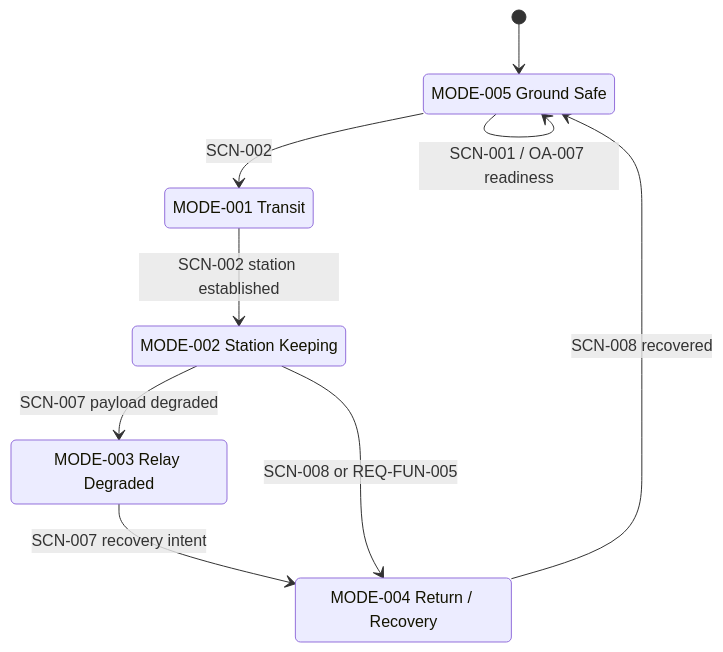
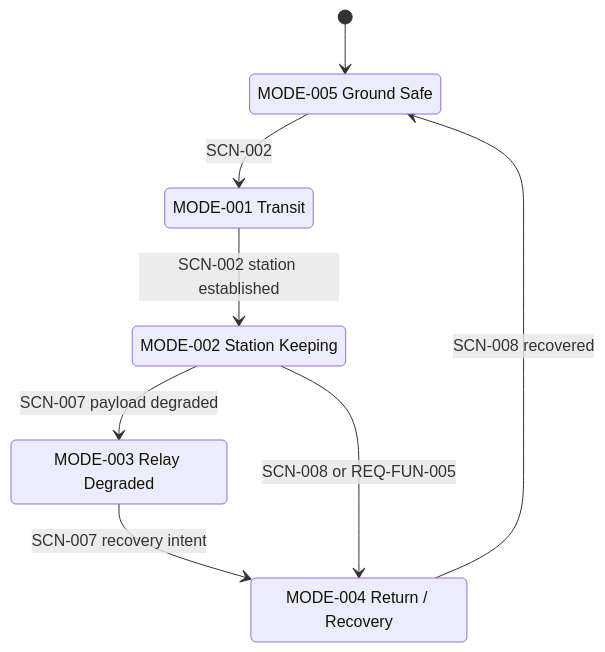
Before and after one commit to noahstephenson/low-cost-relay-uas: the eighth of 13 diagrams in architecture.md, drawn with Mermaid. The commit also changed other lines of this file and 11 other files, not shown here.

````diff
--- a/architecture.md
+++ b/architecture.md
@@ -228,17 +259,16 @@
 ```mermaid
 stateDiagram-v2
     %% Configuration scope: CFG-REP / CFG-DOM
     state "MODE-005 Ground Safe" as MODE_005
     state "MODE-001 Transit" as MODE_001
     state "MODE-002 Station Keeping" as MODE_002
     state "MODE-003 Relay Degraded" as MODE_003
     state "MODE-004 Return / Recovery" as MODE_004
     [*] --> MODE_005
-    MODE_005 --> MODE_005: SCN-001 / OA-007 readiness
     MODE_005 --> MODE_001: SCN-002
     MODE_001 --> MODE_002: SCN-002 station established
     MODE_002 --> MODE_003: SCN-007 payload degraded
     MODE_003 --> MODE_004: SCN-007 recovery intent
     MODE_002 --> MODE_004: SCN-008 or REQ-FUN-005
     MODE_004 --> MODE_005: SCN-008 recovered
 ```
````
